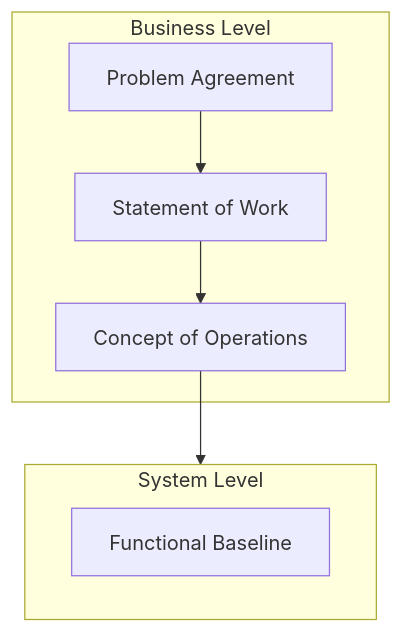
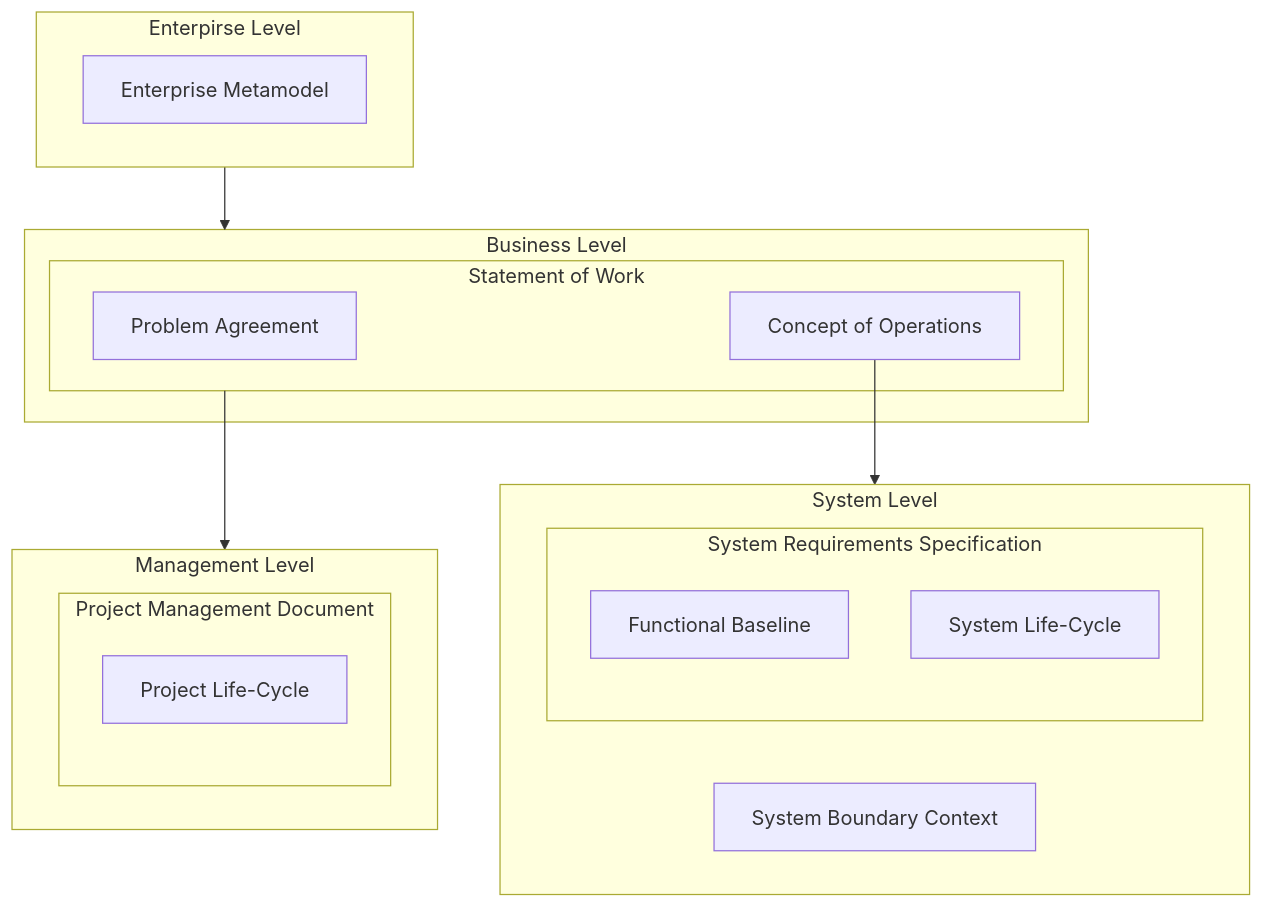
Before and after one commit to alvaro-osvaldo-tm/markdown-repository: the diagram in documents/documentation/Systems Engineering Documentation.md, drawn with Mermaid. The commit also changed other lines of this file, not shown here.

Commit message:
refactor(documentation): Update structure for  'Systems Engineering' documents

````diff
--- a/documents/documentation/Systems Engineering Documentation.md
+++ b/documents/documentation/Systems Engineering Documentation.md
@@ -9,20 +9,45 @@
 ```mermaid
+
+
 flowchart 
+direction TB
+
+subgraph EnterpirseLevel["Enterpirse Level"]
+	EnterpriseMetamodel["Enterprise Metamodel"]
+end
 
 subgraph BusinessLevel["Business Level"]
-	ProblemAgreement["Problem Agreement"]
-	StatementOfWork["Statement of Work"]
-	ConceptOfOperations["Concept of Operations"]
+
+	subgraph StatementOfWork["Statement of Work"]
+		ProblemAgreement["Problem Agreement"]	
+		ConceptOfOperations["Concept of Operations"]
+	end
+	
+end
+
+subgraph ManagementLevel["Management Level"]
+	subgraph ProjectManagementDocument["Project Management Document"]
+	   ProjectLifeCycle["Project Life-Cycle"]
+	end
 end
 
 subgraph SystemLevel["System Level"]
 
-	FunctionalBaseline["Functional Baseline"]
+SystemBoundaryContext["System Boundary Context"]
 	
+
+	subgraph SystemRequirementsSpecification["System Requirements Specification"]
+	
+		FunctionalBaseline["Functional Baseline"]		
+		SystemLifeCycle["System Life-Cycle"]
+	end
+	
+
 end
 
-ProblemAgreement --> StatementOfWork
-StatementOfWork --> ConceptOfOperations
+EnterpirseLevel --> BusinessLevel
+
+StatementOfWork --> ManagementLevel
 ConceptOfOperations --> SystemLevel
 
 ```
````
